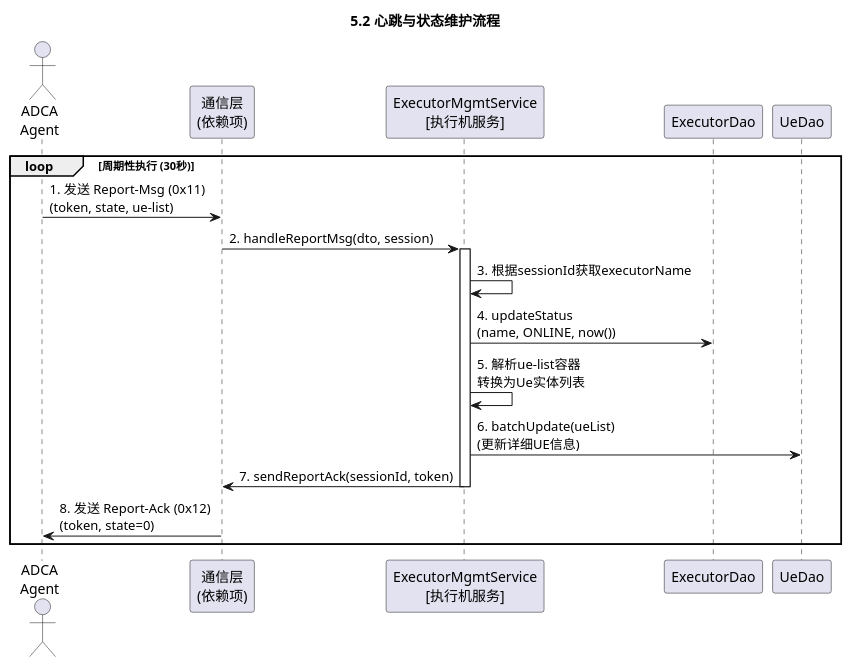
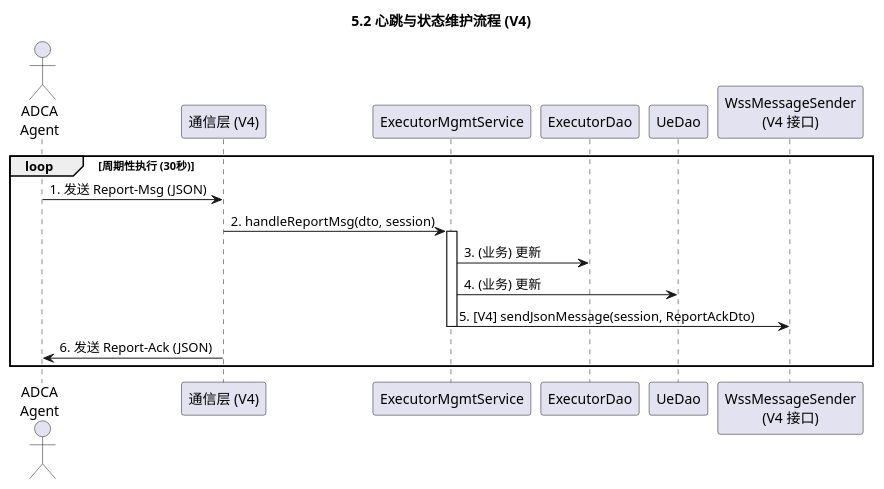
One commit to GuiHongli/DialTestCenter changed the fourth of 10 diagrams in AR软件实现设计文档/执行机管理/执行机管理-业务逻辑设计.md. Above: the diagram before and after it, drawn with PlantUML. The commit also changed other lines of this file and 48 other files, not shown here.

````diff
--- a/AR软件实现设计文档/执行机管理/执行机管理-业务逻辑设计.md
+++ b/AR软件实现设计文档/执行机管理/执行机管理-业务逻辑设计.md
@@ -562,30 +464,23 @@
 ```plantuml
 @startuml
-title 5.2 心跳与状态维护流程
+title 5.2 心跳与状态维护流程 (V4)
 
 actor "ADCA\nAgent" as Agent
-participant "通信层\n(依赖项)" as CommLayer
-participant "ExecutorMgmtService\n[执行机服务]" as ExecService
+participant "通信层 (V4)" as CommLayer
+participant "ExecutorMgmtService" as ExecService
 participant "ExecutorDao" as ExecDao
 participant "UeDao" as UeDao
+participant "WssMessageSender\n(V4 接口)" as Sender
 
 loop 周期性执行 (30秒)
-    Agent -> CommLayer : 1. 发送 Report-Msg (0x11)\n(token, state, ue-list)
-    
+    Agent -> CommLayer : 1. 发送 Report-Msg (JSON)
     CommLayer -> ExecService : 2. handleReportMsg(dto, session)
-    
     activate ExecService
-        ExecService -> ExecService : 3. 根据sessionId获取executorName
-        ExecService -> ExecDao : 4. updateStatus\n(name, ONLINE, now())
-        
-        ExecService -> ExecService : 5. 解析ue-list容器\n转换为Ue实体列表
-        ExecService -> UeDao : 6. batchUpdate(ueList)\n(更新详细UE信息)
-        
-        ExecService -> CommLayer : 7. sendReportAck(sessionId, token)
+        ExecService -> ExecDao : 3. (业务) 更新
+        ExecService -> UeDao : 4. (业务) 更新
+        ExecService -> Sender : 5. [V4] sendJsonMessage(session, ReportAckDto)
     deactivate ExecService
-    
-    CommLayer -> Agent : 8. 发送 Report-Ack (0x12)\n(token, state=0)
+    CommLayer -> Agent : 6. 发送 Report-Ack (JSON)
 end
-
 @enduml
 ```
````
